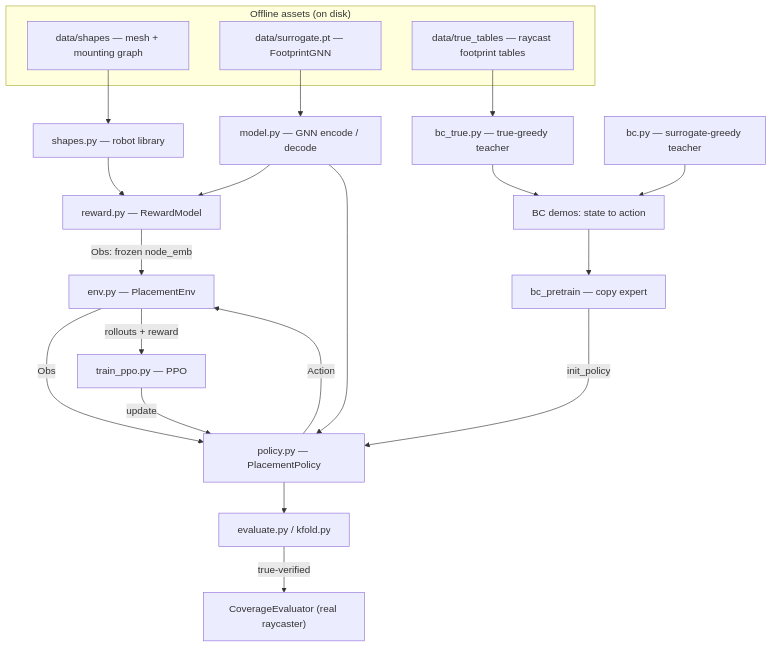
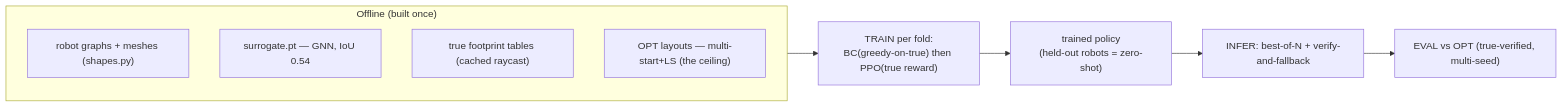
Before and after one commit to minhnhangia/genetic_algorithm: the first of 5 diagrams in surrogate/rl/DATAFLOW.md, drawn with Mermaid. The commit also changed other lines of this file and 24 other files, not shown here.

````diff
--- a/surrogate/rl/DATAFLOW.md
+++ b/surrogate/rl/DATAFLOW.md
@@ -8,31 +9,13 @@
 ```mermaid
-flowchart TD
-    subgraph OFFLINE["Offline assets (on disk)"]
-        G["data/shapes — mesh + mounting graph"]
-        S["data/surrogate.pt — FootprintGNN"]
-        T["data/true_tables — raycast footprint tables"]
-    end
-
-    G --> SH["shapes.py — robot library"]
-    S --> MO["model.py — GNN encode / decode"]
-    T --> BT["bc_true.py — true-greedy teacher"]
-
-    SH --> RM["reward.py — RewardModel"]
-    MO --> RM
-    MO --> POL["policy.py — PlacementPolicy"]
-
-    RM -->|"Obs: frozen node_emb"| ENV["env.py — PlacementEnv"]
-    ENV -->|"Obs"| POL
-    POL -->|"Action"| ENV
-
-    BT --> DEMO["BC demos: state to action"]
-    BC["bc.py — surrogate-greedy teacher"] --> DEMO
-    DEMO --> BCP["bc_pretrain — copy expert"]
-    BCP -->|"init_policy"| POL
-
-    ENV -->|"rollouts + reward"| PPO["train_ppo.py — PPO"]
-    PPO -->|"update"| POL
-
-    POL --> EV["evaluate.py / kfold.py"]
-    EV -->|"true-verified"| RAY["CoverageEvaluator (real raycaster)"]
+flowchart LR
+  subgraph OFF["Offline (built once)"]
+    G["robot graphs + meshes (shapes.py)"]
+    S["surrogate.pt — GNN, IoU 0.54"]
+    T["true footprint tables (cached raycast)"]
+    O["OPT layouts — multi-start+LS (the ceiling)"]
+  end
+  OFF --> TR["TRAIN per fold:<br/>BC(greedy-on-true) then PPO(true reward)"]
+  TR --> POL["trained policy<br/>(held-out robots = zero-shot)"]
+  POL --> INF["INFER: best-of-N + verify-and-fallback"]
+  INF --> EVAL["EVAL vs OPT (true-verified, multi-seed)"]
 ```
````
